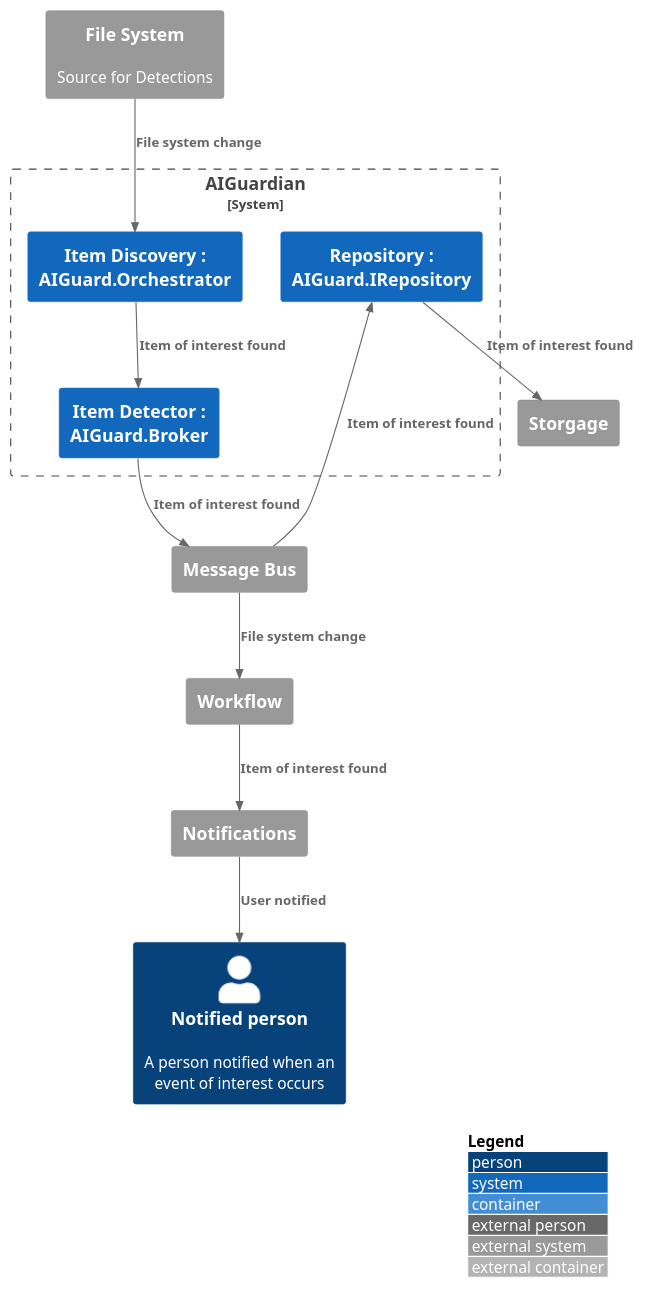
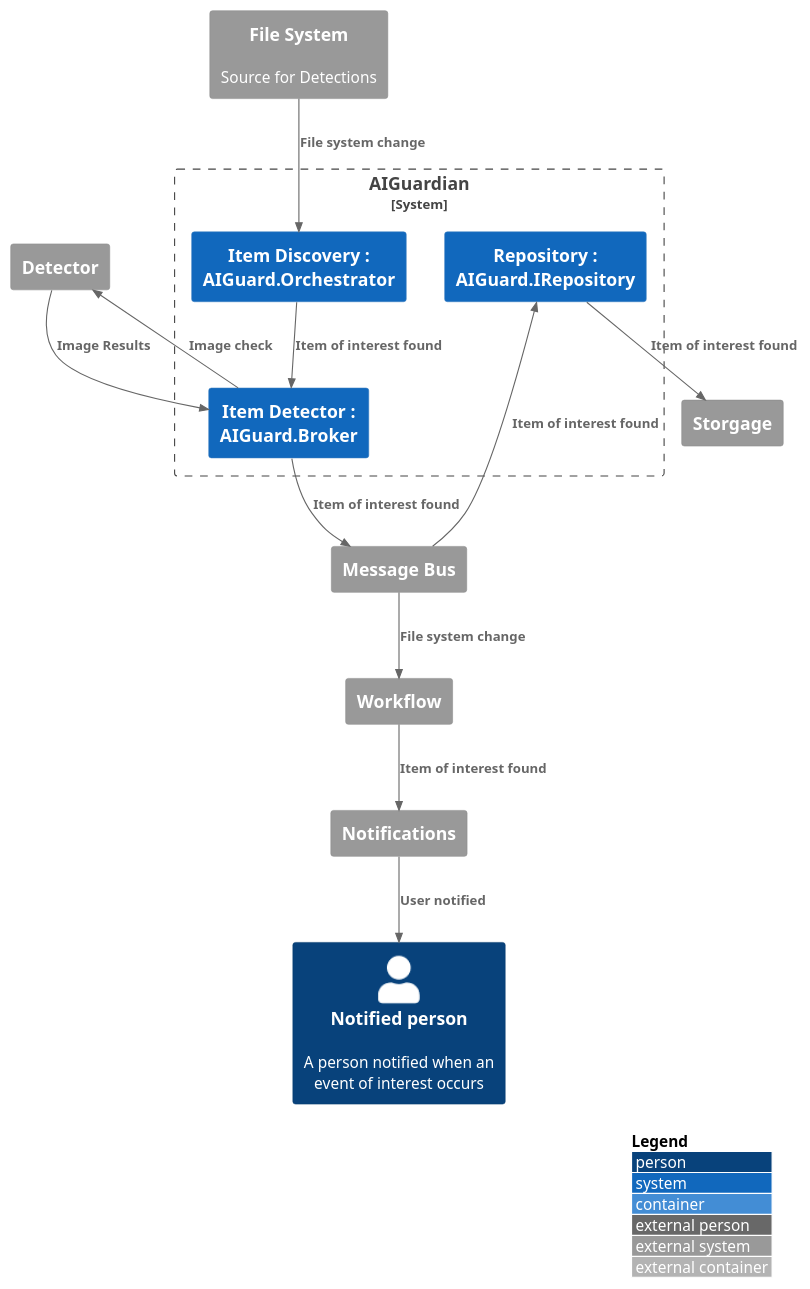
One commit to johnhinz/AIGatekeeper changed the diagram in diagrams/container.puml. Above: the diagram before and after it, drawn with PlantUML. The commit also changed 1 other file, not shown here.

Commit message:
added detector service to c4 diagrams

```diff
--- a/diagrams/container.puml
+++ b/diagrams/container.puml
@@ -1,33 +1,37 @@
 @startuml 
 !includeurl https://raw.githubusercontent.com/RicardoNiepel/C4-PlantUML/release/1-0/C4_Container.puml
 
 'LAYOUT_TOP_DOWN
 'LAYOUT_AS_SKETCH
 LAYOUT_WITH_LEGEND()
 
 Person(recipient, "Notified person", "A person notified when an event of interest occurs")
 
 System_Ext(filesys, "File System", "Source for Detections")
 System_Ext(bus, "Message Bus")
 System_Ext(notification, "Notifications")
 System_Ext(workflow, "Workflow")
 System_Ext(persist, "Storgage")
+System_Ext(detect, "Detector")
  
 System_Boundary(bound, "AIGuardian") {
     System(discovery, "Item Discovery : AIGuard.Orchestrator")
     System(detector, "Item Detector : AIGuard.Broker")
     System(repo, "Repository : AIGuard.IRepository")
 }
 
 Rel(bus, workflow, "File system change")
+
+Rel(detector, detect, "Image check")
+Rel(detect, detector, "Image Results")
 
 Rel(notification, recipient, "User notified")
 Rel(workflow, notification, "Item of interest found")
 Rel(discovery, detector, "Item of interest found")
 Rel(detector, bus, "Item of interest found")
 Rel(bus, repo, "Item of interest found")
 Rel(repo, persist, "Item of interest found")
 
 Rel(filesys, discovery, "File system change")
 
 @enduml
```
